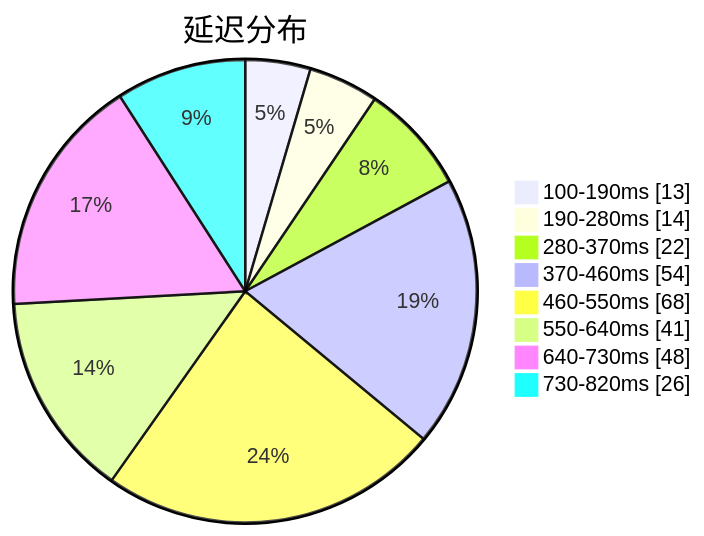
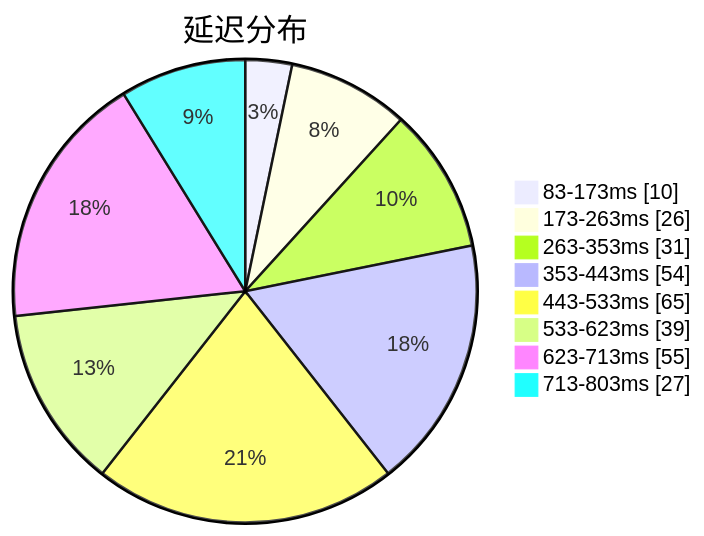
One commit to sinspired/airport changed the first of 3 diagrams in subs/statistics/tested_within.md. Above: the diagram before and after it, drawn with Mermaid. The commit also changed other lines of this file and 2 other files, not shown here.

````diff
--- a/subs/statistics/tested_within.md
+++ b/subs/statistics/tested_within.md
@@ -2,12 +2,12 @@
 ```mermaid
 pie showData
 title 延迟分布
-"100-190ms" : 13
-"190-280ms" : 14
-"280-370ms" : 22
-"370-460ms" : 54
-"460-550ms" : 68
-"550-640ms" : 41
-"640-730ms" : 48
-"730-820ms" : 26
+"83-173ms" : 10
+"173-263ms" : 26
+"263-353ms" : 31
+"353-443ms" : 54
+"443-533ms" : 65
+"533-623ms" : 39
+"623-713ms" : 55
+"713-803ms" : 27
 ```
````
